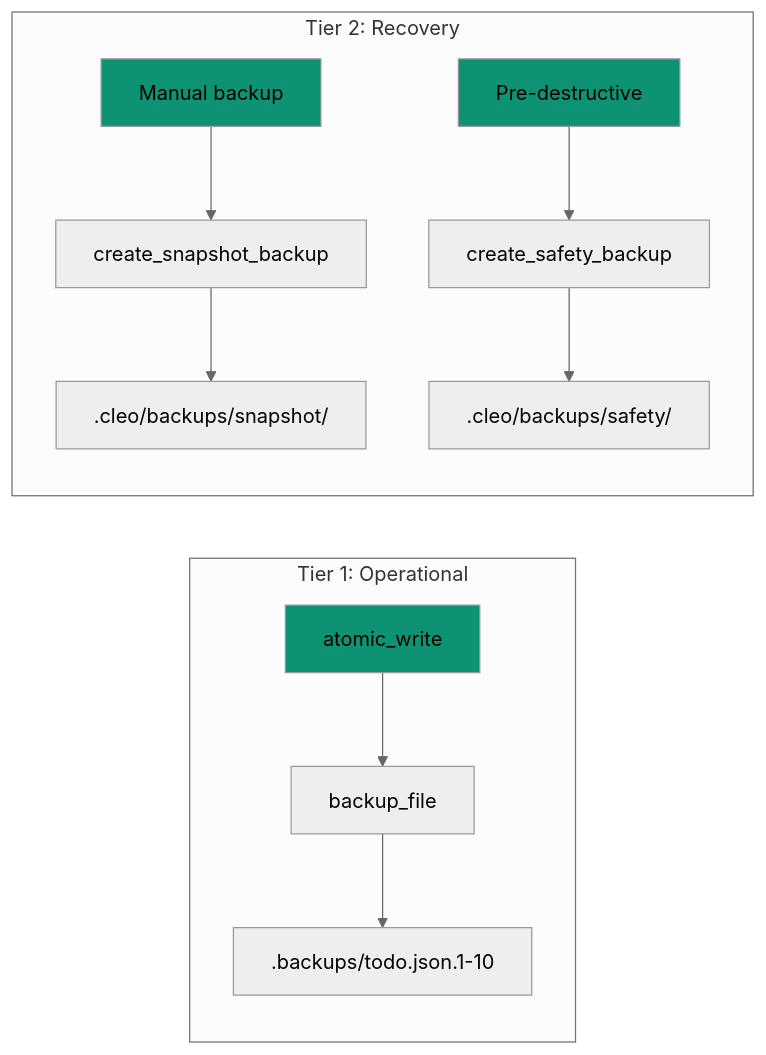
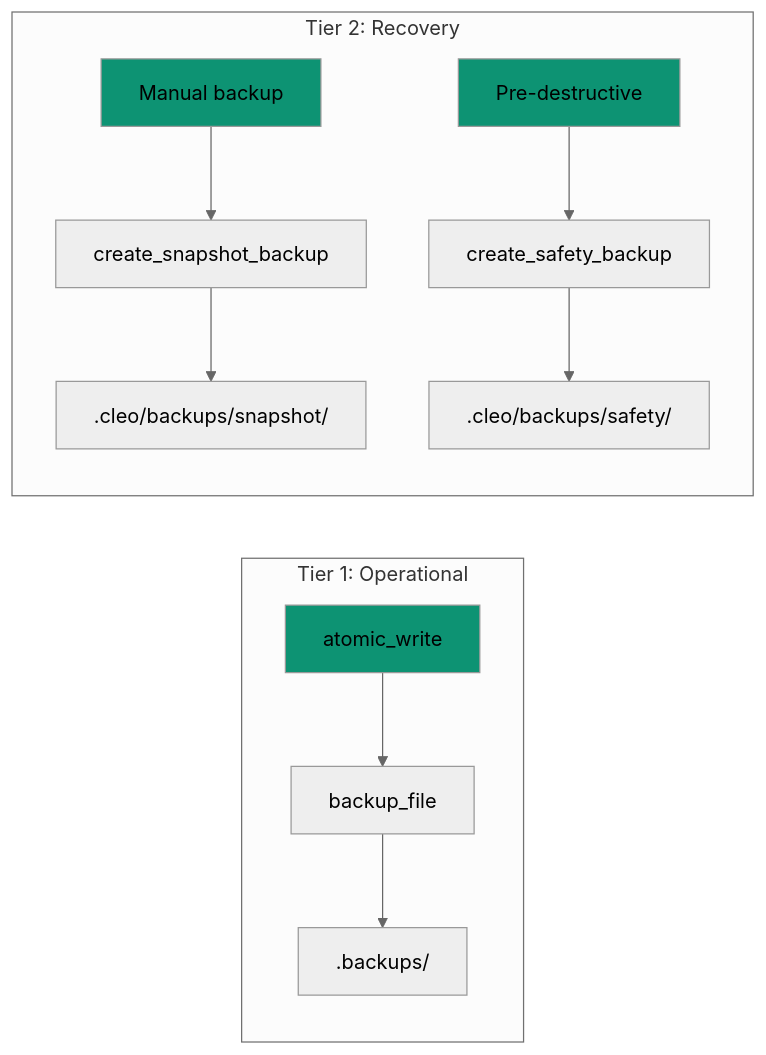
Before and after one commit to kryptobaseddev/cleo: the fourth of 4 diagrams in docs/mintlify/concepts/data-flows.mdx, drawn with Mermaid (neutral theme). The commit also changed other lines of this file and 103 other files, not shown here.

First line of the commit message:
docs: comprehensive documentation audit and Git Flow branching setup (T4556)

````diff
--- a/docs/mintlify/concepts/data-flows.mdx
+++ b/docs/mintlify/concepts/data-flows.mdx
@@ -121,18 +121,18 @@
 ```mermaid
 flowchart LR
     subgraph "Tier 1: Operational"
         A[atomic_write] --> B[backup_file]
-        B --> C[.backups/todo.json.1-10]
+        B --> C[.backups/]
     end
 
     subgraph "Tier 2: Recovery"
         D[Manual backup] --> E[create_snapshot_backup]
         F[Pre-destructive] --> G[create_safety_backup]
         E --> H[.cleo/backups/snapshot/]
         G --> I[.cleo/backups/safety/]
     end
 
     style A fill:#0D9373
     style D fill:#0D9373
     style F fill:#0D9373
 ```
````
